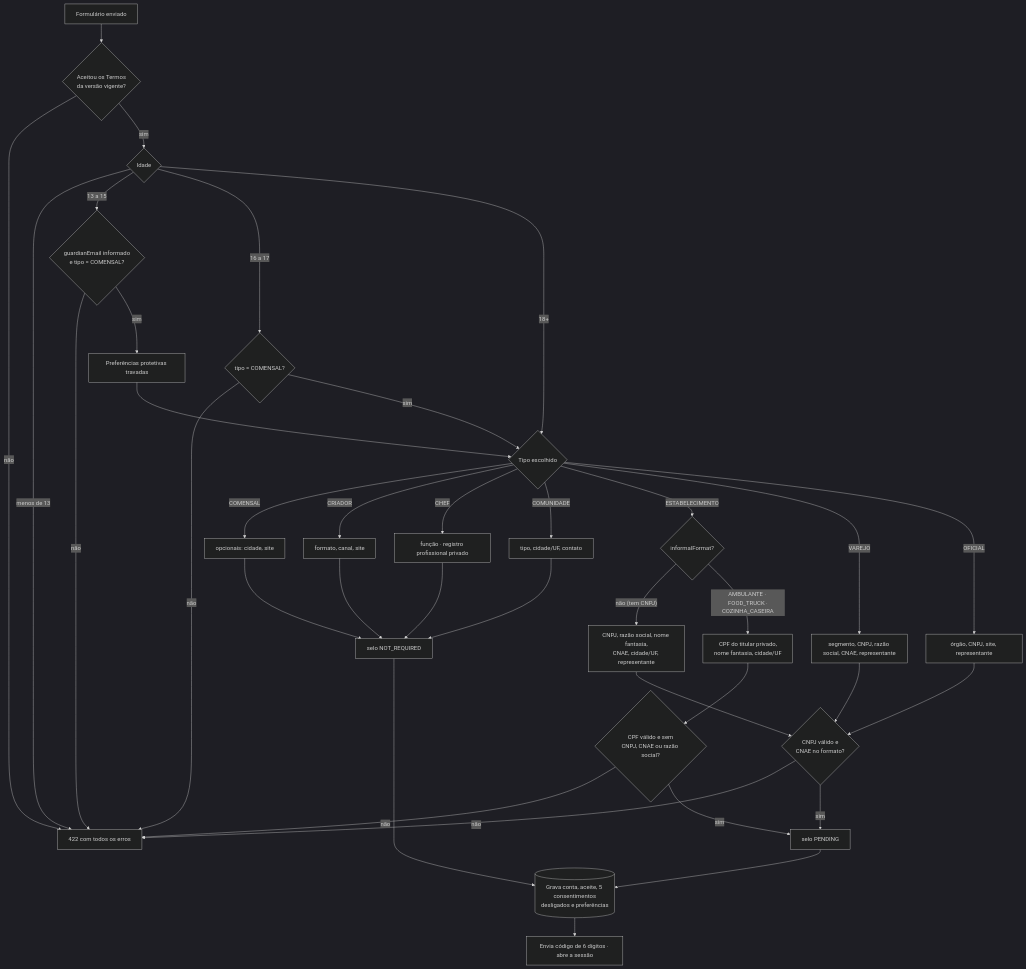
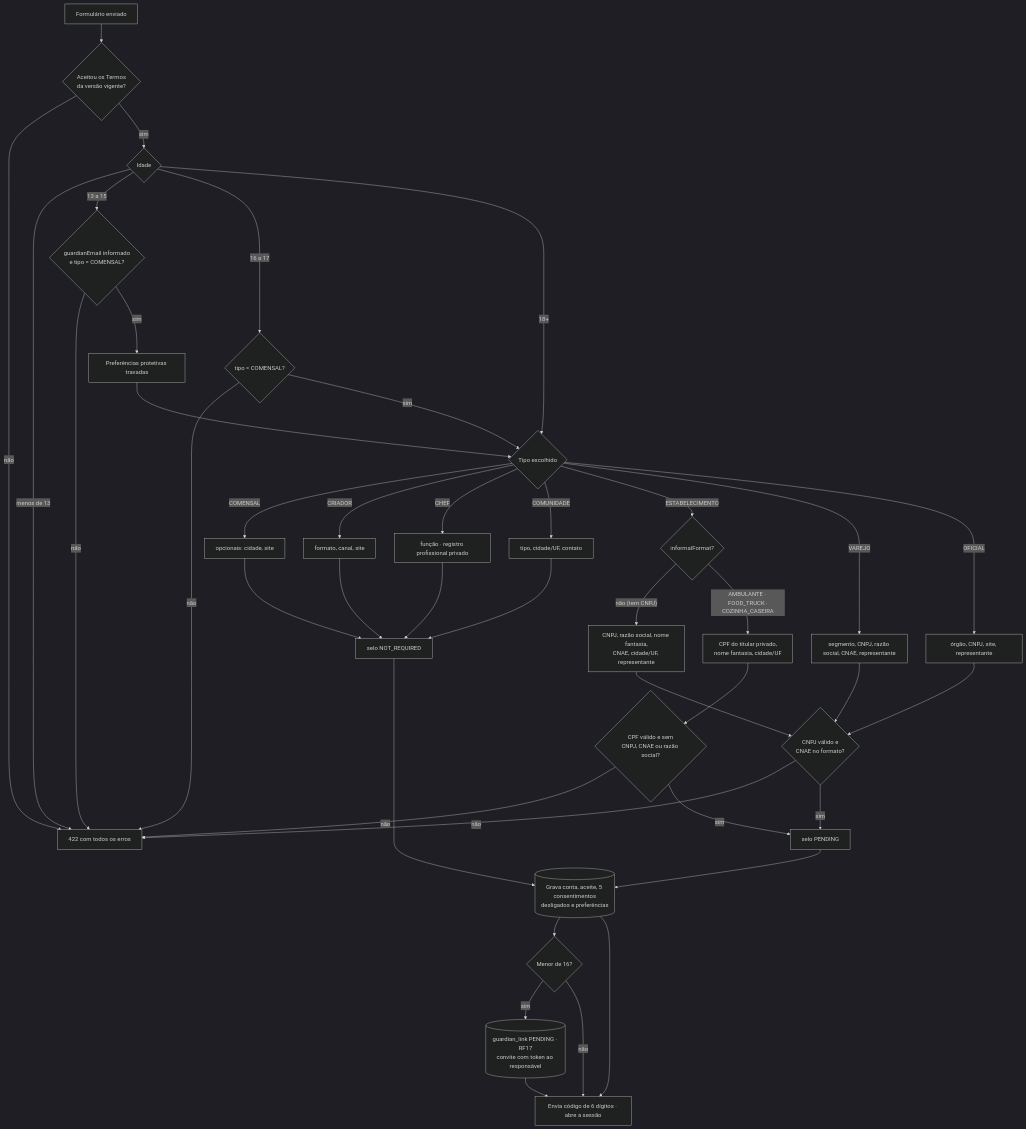
Before and after one commit to MatheusHaliski/Friendly-Eats: the diagram in docs/RF1/atividades.md, drawn with Mermaid (dark theme). The commit also changed 71 other files, not shown here.

````diff
--- a/docs/RF1/atividades.md
+++ b/docs/RF1/atividades.md
@@ -3,33 +3,37 @@
 ```mermaid
 flowchart TD
     A[Formulário enviado] --> T{Aceitou os Termos<br/>da versão vigente?}
     T -- não --> E[422 com todos os erros]
     T -- sim --> I{Idade}
     I -- "menos de 13" --> E
     I -- "13 a 15" --> G{guardianEmail informado<br/>e tipo = COMENSAL?}
     G -- não --> E
     G -- sim --> P[Preferências protetivas travadas]
     I -- "16 a 17" --> C{tipo = COMENSAL?}
     C -- não --> E
     C -- sim --> K
     I -- "18+" --> K
     P --> K{Tipo escolhido}
     K -- COMENSAL --> K1[opcionais: cidade, site]
     K -- CRIADOR --> K2[formato, canal, site]
     K -- CHEF --> K3[função · registro profissional privado]
     K -- COMUNIDADE --> K4[tipo, cidade/UF, contato]
     K -- ESTABELECIMENTO --> IF{informalFormat?}
     IF -- "não (tem CNPJ)" --> K5[CNPJ, razão social, nome fantasia,<br/>CNAE, cidade/UF, representante]
     IF -- "AMBULANTE · FOOD_TRUCK ·<br/>COZINHA_CASEIRA" --> K8[CPF do titular privado,<br/>nome fantasia, cidade/UF]
     K8 --> CPF{CPF válido e sem<br/>CNPJ, CNAE ou razão social?}
     CPF -- não --> E
     CPF -- sim --> S2
     K -- VAREJO --> K6[segmento, CNPJ, razão social, CNAE, representante]
     K -- OFICIAL --> K7[órgão, CNPJ, site, representante]
     K1 & K2 & K3 & K4 --> S1[selo NOT_REQUIRED]
     K5 & K6 & K7 --> V{CNPJ válido e<br/>CNAE no formato?}
     V -- não --> E
     V -- sim --> S2[selo PENDING]
     S1 & S2 --> OK[(Grava conta, aceite, 5 consentimentos<br/>desligados e preferências)]
+    OK --> MG{Menor de 16?}
+    MG -- sim --> GL[(guardian_link PENDING · RF17<br/>convite com token ao responsável)]
+    MG -- não --> COD
+    GL --> COD
     OK --> COD[Envia código de 6 dígitos · abre a sessão]
 ```
````
